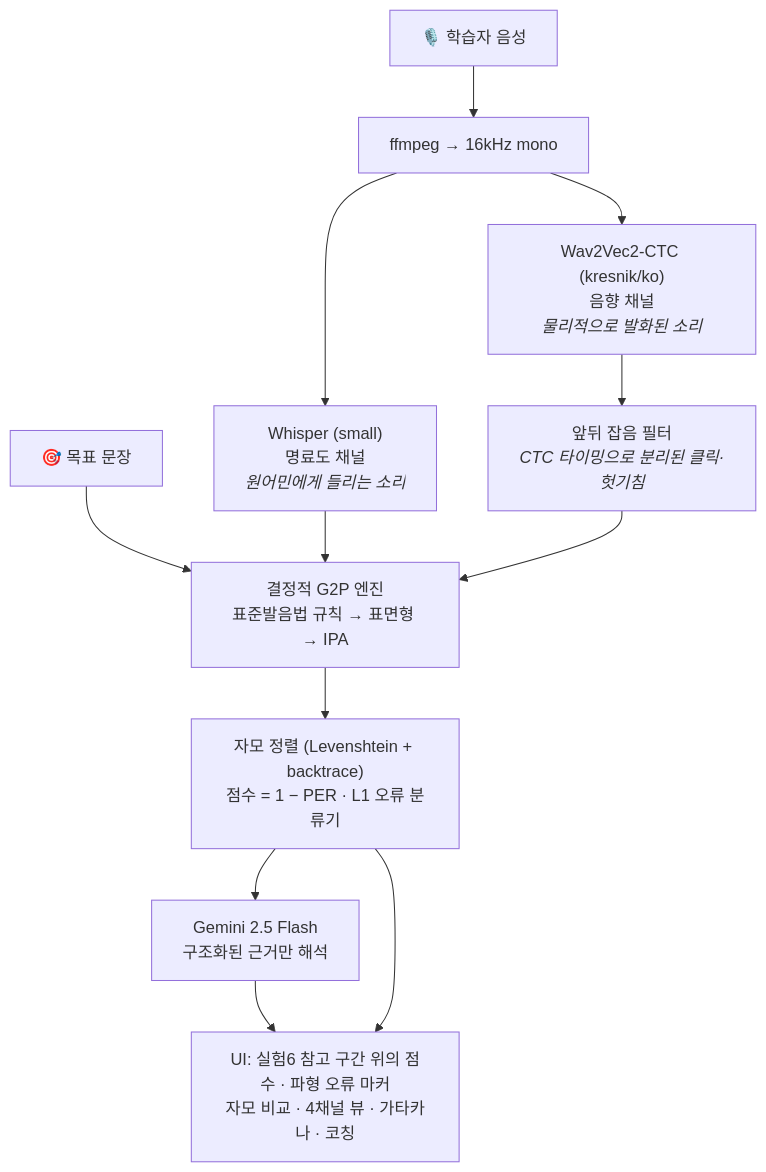
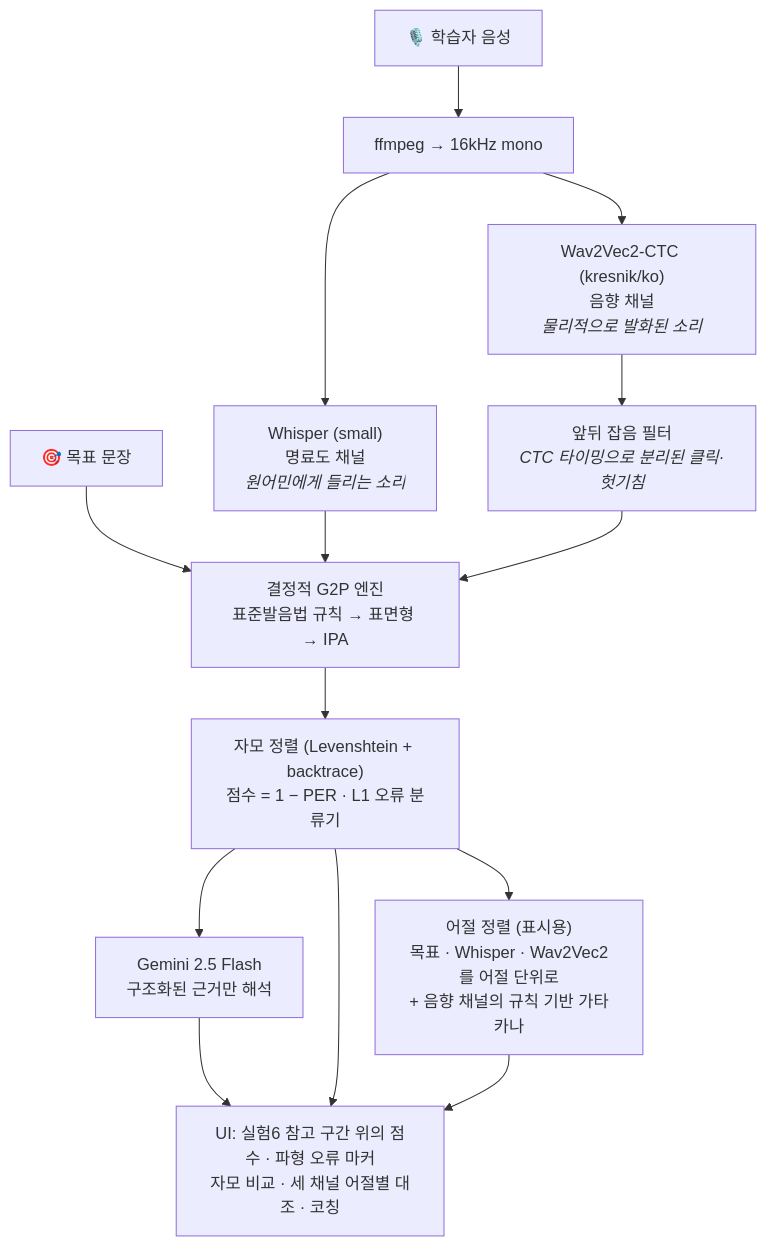
The diagram in README_kr.md (fairyofdata/PhonemeJP2KR), drawn with Mermaid before and after one commit. The commit also changed other lines of this file and 6 other files, not shown here.

````diff
--- a/README_kr.md
+++ b/README_kr.md
@@ -39,14 +39,16 @@
 ```mermaid
 flowchart TD
     A[🎙️ 학습자 음성] --> B[ffmpeg → 16kHz mono]
     B --> C["Whisper (small)<br/>명료도 채널<br/><i>원어민에게 들리는 소리</i>"]
     B --> D["Wav2Vec2-CTC (kresnik/ko)<br/>음향 채널<br/><i>물리적으로 발화된 소리</i>"]
     T[🎯 목표 문장] --> G
     C --> G["결정적 G2P 엔진<br/>표준발음법 규칙 → 표면형 → IPA"]
     D --> N["앞뒤 잡음 필터<br/><i>CTC 타이밍으로 분리된 클릭·헛기침</i>"]
     N --> G
     G --> S["자모 정렬 (Levenshtein + backtrace)<br/>점수 = 1 − PER · L1 오류 분류기"]
+    S --> W["어절 정렬 (표시용)<br/>목표 · Whisper · Wav2Vec2를 어절 단위로<br/>+ 음향 채널의 규칙 기반 가타카나"]
     S --> L["Gemini 2.5 Flash<br/>구조화된 근거만 해석"]
-    L --> U["UI: 실험6 참고 구간 위의 점수 · 파형 오류 마커<br/>자모 비교 · 4채널 뷰 · 가타카나 · 코칭"]
+    L --> U["UI: 실험6 참고 구간 위의 점수 · 파형 오류 마커<br/>자모 비교 · 세 채널 어절별 대조 · 코칭"]
     S --> U
+    W --> U
 ```
````
